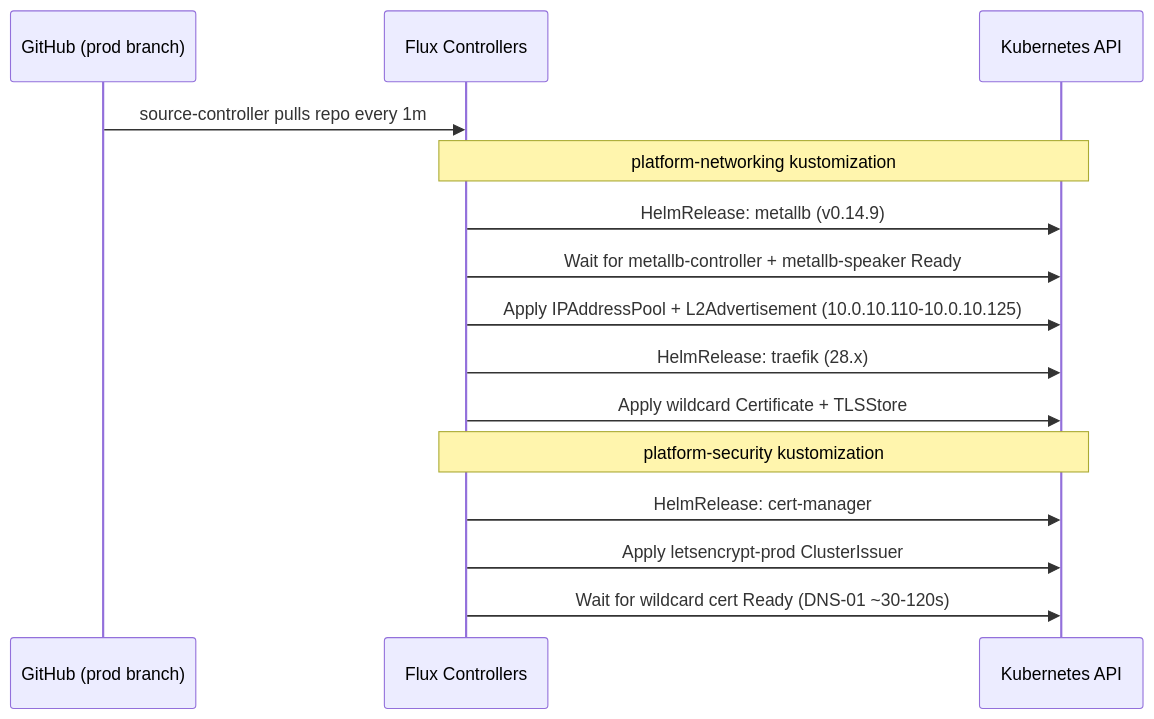
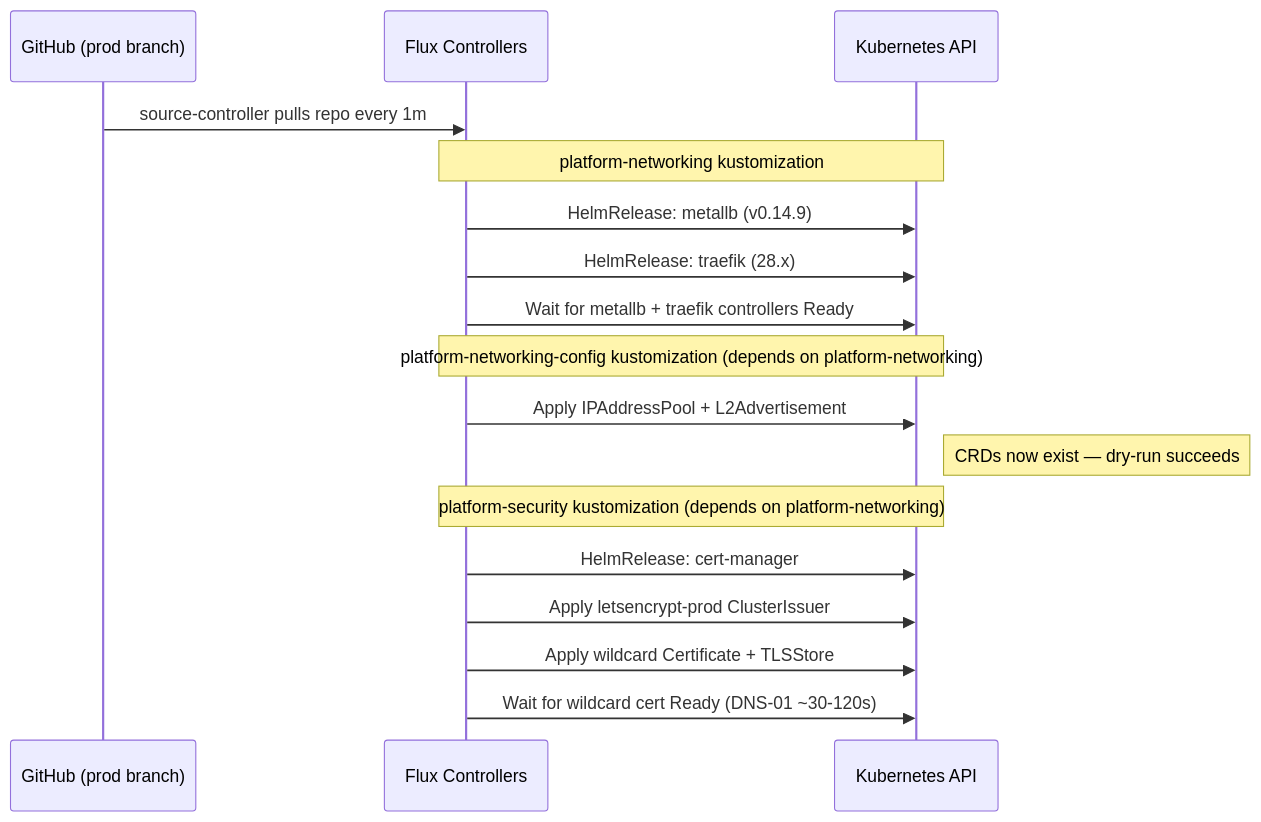
Before and after one commit to Kagiso-me/homelab-infrastructure: the second of 2 diagrams in docs/guides/03-Networking-Platform.md, drawn with Mermaid. The commit also changed other lines of this file and 1 other file, not shown here.

Commit message:
fix(docs): clarify networking Kustomization dependencies and troubleshooting steps

````diff
--- a/docs/guides/03-Networking-Platform.md
+++ b/docs/guides/03-Networking-Platform.md
@@ -175,20 +175,23 @@
 ```mermaid
 sequenceDiagram
     participant Git as GitHub (prod branch)
     participant Flux as Flux Controllers
     participant K8s as Kubernetes API
 
     Git->>Flux: source-controller pulls repo every 1m
 
     Note over Flux,K8s: platform-networking kustomization
     Flux->>K8s: HelmRelease: metallb (v0.14.9)
-    Flux->>K8s: Wait for metallb-controller + metallb-speaker Ready
-    Flux->>K8s: Apply IPAddressPool + L2Advertisement (10.0.10.110-10.0.10.125)
     Flux->>K8s: HelmRelease: traefik (28.x)
-    Flux->>K8s: Apply wildcard Certificate + TLSStore
+    Flux->>K8s: Wait for metallb + traefik controllers Ready
 
-    Note over Flux,K8s: platform-security kustomization
+    Note over Flux,K8s: platform-networking-config kustomization (depends on platform-networking)
+    Flux->>K8s: Apply IPAddressPool + L2Advertisement
+    Note right of K8s: CRDs now exist — dry-run succeeds
+
+    Note over Flux,K8s: platform-security kustomization (depends on platform-networking)
     Flux->>K8s: HelmRelease: cert-manager
     Flux->>K8s: Apply letsencrypt-prod ClusterIssuer
+    Flux->>K8s: Apply wildcard Certificate + TLSStore
     Flux->>K8s: Wait for wildcard cert Ready (DNS-01 ~30-120s)
 ```
````
